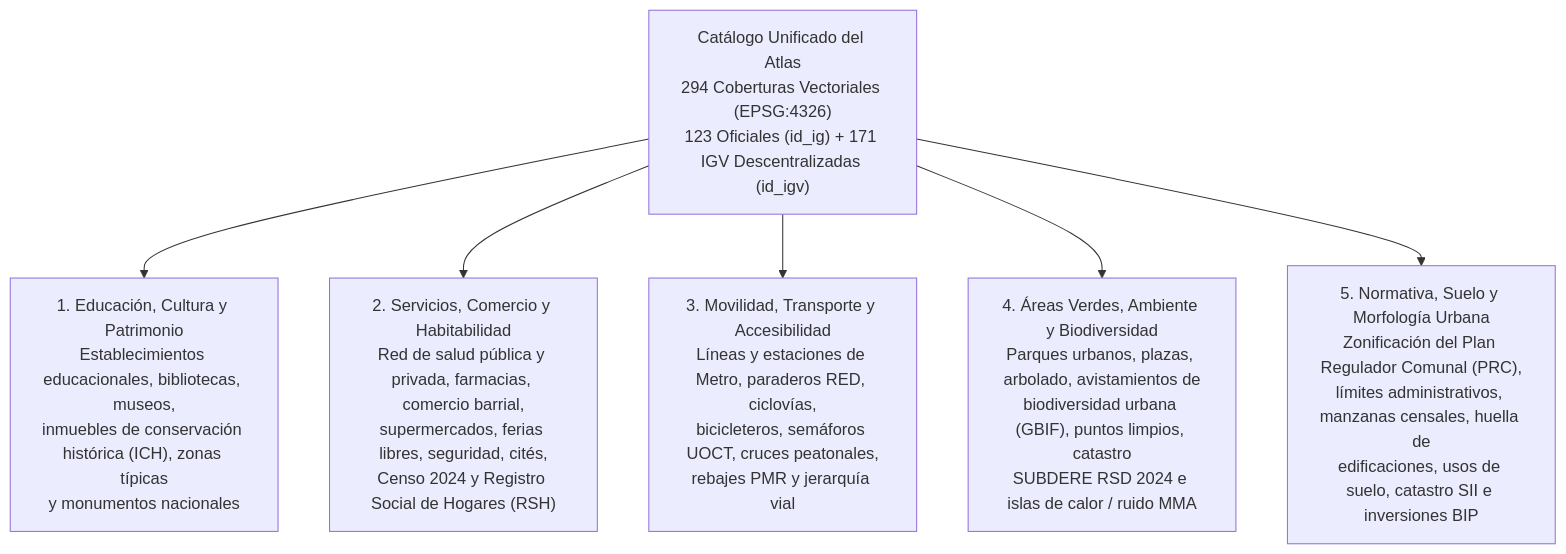
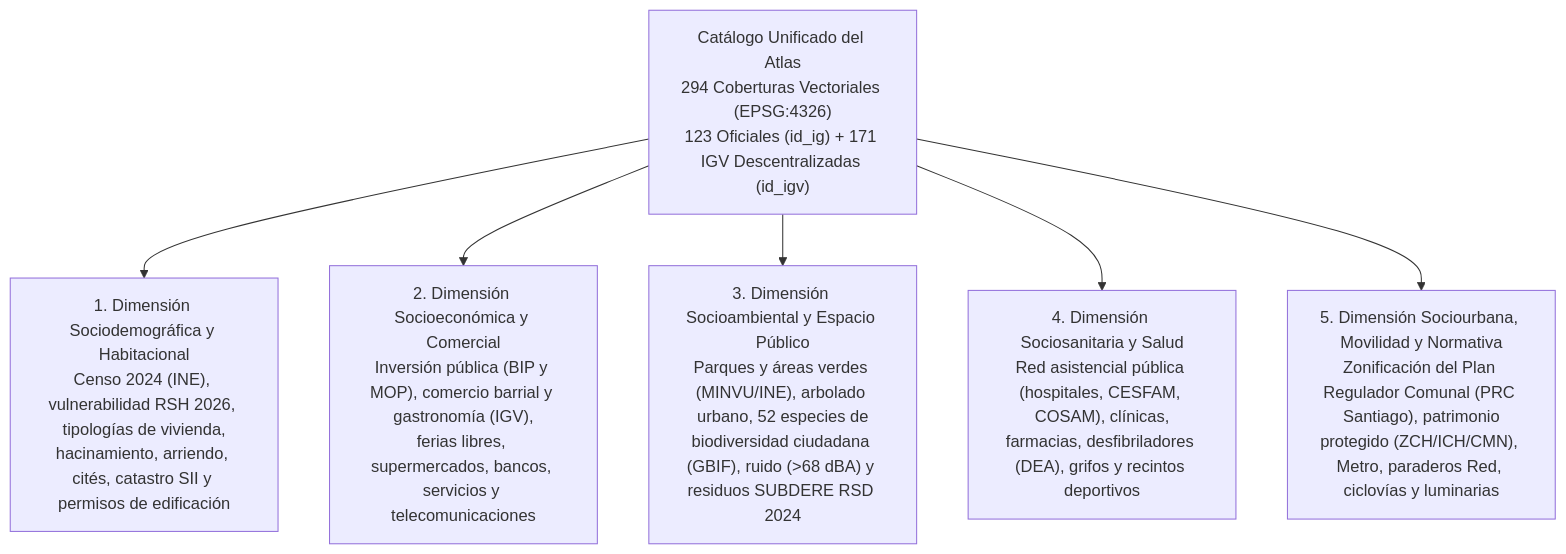
Before and after one commit to GEOJOTA/atlas-vgi-barrio-brasil: the seventh of 11 diagrams in docs/MANUAL_ACTUALIZACION_ATLAS.md, drawn with Mermaid. The commit also changed other lines of this file and 22 other files, not shown here.

````diff
--- a/docs/MANUAL_ACTUALIZACION_ATLAS.md
+++ b/docs/MANUAL_ACTUALIZACION_ATLAS.md
@@ -422,12 +422,12 @@
 ```mermaid
 flowchart TD
     CAT["Catálogo Unificado del Atlas\n294 Coberturas Vectoriales (EPSG:4326)\n123 Oficiales (id_ig) + 171 IGV Descentralizadas (id_igv)"]
 
-    D1["1. Educación, Cultura y Patrimonio\nEstablecimientos educacionales, bibliotecas, museos,\ninmuebles de conservación histórica (ICH), zonas típicas\ny monumentos nacionales"]
-    D2["2. Servicios, Comercio y Habitabilidad\nRed de salud pública y privada, farmacias, comercio barrial,\nsupermercados, ferias libres, seguridad, cités,\nCenso 2024 y Registro Social de Hogares (RSH)"]
-    D3["3. Movilidad, Transporte y Accesibilidad\nLíneas y estaciones de Metro, paraderos RED, ciclovías,\nbicicleteros, semáforos UOCT, cruces peatonales,\nrebajes PMR y jerarquía vial"]
-    D4["4. Áreas Verdes, Ambiente y Biodiversidad\nParques urbanos, plazas, arbolado, avistamientos de\nbiodiversidad urbana (GBIF), puntos limpios, catastro\nSUBDERE RSD 2024 e islas de calor / ruido MMA"]
-    D5["5. Normativa, Suelo y Morfología Urbana\nZonificación del Plan Regulador Comunal (PRC),\nlímites administrativos, manzanas censales, huella de\nedificaciones, usos de suelo, catastro SII e inversiones BIP"]
+    D1["1. Dimensión Sociodemográfica y Habitacional\nCenso 2024 (INE), vulnerabilidad RSH 2026, tipologías de vivienda,\nhacinamiento, arriendo, cités, catastro SII y permisos de edificación"]
+    D2["2. Dimensión Socioeconómica y Comercial\nInversión pública (BIP y MOP), comercio barrial y gastronomía (IGV),\nferias libres, supermercados, bancos, servicios y telecomunicaciones"]
+    D3["3. Dimensión Socioambiental y Espacio Público\nParques y áreas verdes (MINVU/INE), arbolado urbano, 52 especies de\nbiodiversidad ciudadana (GBIF), ruido (>68 dBA) y residuos SUBDERE RSD 2024"]
+    D4["4. Dimensión Sociosanitaria y Salud\nRed asistencial pública (hospitales, CESFAM, COSAM), clínicas,\nfarmacias, desfibriladores (DEA), grifos y recintos deportivos"]
+    D5["5. Dimensión Sociourbana, Movilidad y Normativa\nZonificación del Plan Regulador Comunal (PRC Santiago), patrimonio\nprotegido (ZCH/ICH/CMN), Metro, paraderos Red, ciclovías y luminarias"]
 
     CAT --> D1 & D2 & D3 & D4 & D5
 ```
````
